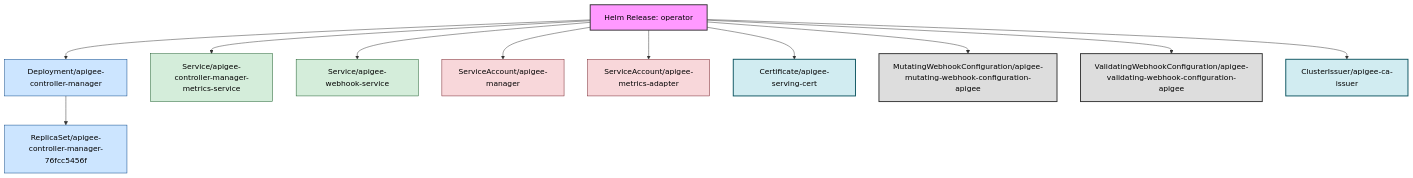
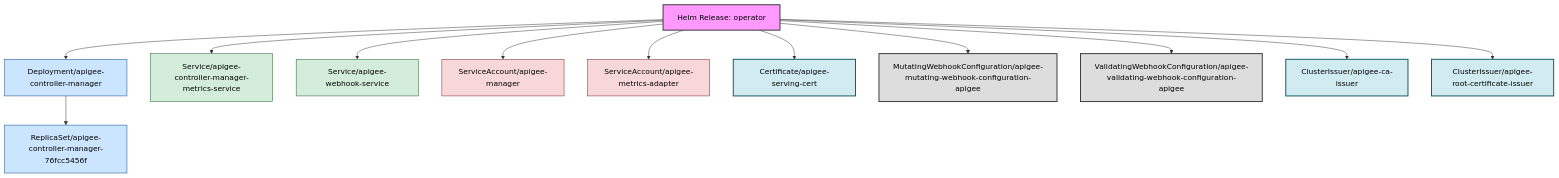
One commit to anaik91/apigee-hybrid-relationship-builder changed the diagram in generated/apigee-operator-1.15.0-shallow.md. Above: the diagram before and after it, drawn with Mermaid. The commit also changed other lines of this file and 51 other files, not shown here.

````diff
--- a/generated/apigee-operator-1.15.0-shallow.md
+++ b/generated/apigee-operator-1.15.0-shallow.md
@@ -12,47 +12,50 @@
 ```mermaid
 graph TD;
     classDef helm fill:#f9f,stroke:#333,stroke-width:2px,color:#000
     classDef workload fill:#cce5ff,stroke:#004085,stroke-width:1px,color:#000
     classDef network fill:#d4edda,stroke:#155724,stroke-width:1px,color:#000
     classDef config fill:#e2e3e5,stroke:#383d41,stroke-width:1px,color:#000
     classDef rbac fill:#f8d7da,stroke:#721c24,stroke-width:1px,color:#000
     classDef apigee_crd fill:#fff3cd,stroke:#856404,stroke-width:2px,color:#000
     classDef cert_manager_crd fill:#d1ecf1,stroke:#0c5460,stroke-width:2px,color:#000
     classDef webhook fill:#ddd,stroke:#333,stroke-width:2px,color:#000
     classDef default fill:#fff,stroke:#333,stroke-width:1px,color:#000
 
     Deploymentapigeecontrollermanager["Deployment/apigee-controller-manager"]
     ReplicaSetapigeecontrollermanager76fcc5456f["ReplicaSet/apigee-controller-manager-76fcc5456f"]
     HelmReleaseoperator["Helm Release: operator"]
     Serviceapigeecontrollermanagermetricsservice["Service/apigee-controller-manager-metrics-service"]
     Serviceapigeewebhookservice["Service/apigee-webhook-service"]
     ServiceAccountapigeemanager["ServiceAccount/apigee-manager"]
     ServiceAccountapigeemetricsadapter["ServiceAccount/apigee-metrics-adapter"]
     Certificateapigeeservingcert["Certificate/apigee-serving-cert"]
     MutatingWebhookConfigurationapigeemutatingwebhookconfigurationapigee["MutatingWebhookConfiguration/apigee-mutating-webhook-configuration-apigee"]
     ValidatingWebhookConfigurationapigeevalidatingwebhookconfigurationapigee["ValidatingWebhookConfiguration/apigee-validating-webhook-configuration-apigee"]
     ClusterIssuerapigeecaissuer["ClusterIssuer/apigee-ca-issuer"]
+    ClusterIssuerapigeerootcertificateissuer["ClusterIssuer/apigee-root-certificate-issuer"]
 
     class Deploymentapigeecontrollermanager workload;
     class ReplicaSetapigeecontrollermanager76fcc5456f workload;
     class HelmReleaseoperator helm;
     class Serviceapigeecontrollermanagermetricsservice network;
     class Serviceapigeewebhookservice network;
     class ServiceAccountapigeemanager rbac;
     class ServiceAccountapigeemetricsadapter rbac;
     class Certificateapigeeservingcert cert_manager_crd;
     class MutatingWebhookConfigurationapigeemutatingwebhookconfigurationapigee webhook;
     class ValidatingWebhookConfigurationapigeevalidatingwebhookconfigurationapigee webhook;
     class ClusterIssuerapigeecaissuer cert_manager_crd;
+    class ClusterIssuerapigeerootcertificateissuer cert_manager_crd;
 
     Deploymentapigeecontrollermanager --> ReplicaSetapigeecontrollermanager76fcc5456f
     HelmReleaseoperator --> Deploymentapigeecontrollermanager
     HelmReleaseoperator --> Serviceapigeecontrollermanagermetricsservice
     HelmReleaseoperator --> Serviceapigeewebhookservice
     HelmReleaseoperator --> ServiceAccountapigeemanager
     HelmReleaseoperator --> ServiceAccountapigeemetricsadapter
     HelmReleaseoperator --> Certificateapigeeservingcert
     HelmReleaseoperator --> MutatingWebhookConfigurationapigeemutatingwebhookconfigurationapigee
     HelmReleaseoperator --> ValidatingWebhookConfigurationapigeevalidatingwebhookconfigurationapigee
     HelmReleaseoperator --> ClusterIssuerapigeecaissuer
+    HelmReleaseoperator --> ClusterIssuerapigeerootcertificateissuer
 ```
````
